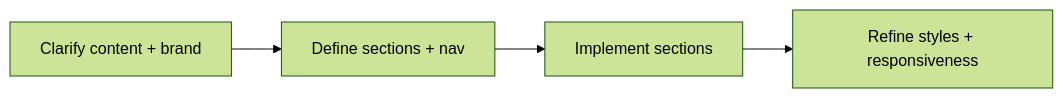
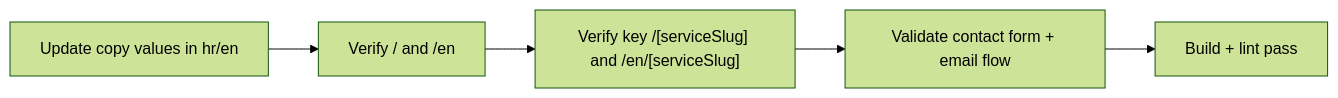
One commit to ipavic933-spec/website-pavic changed the diagram in lode/plans/current-plan.md. Above: the diagram before and after it, drawn with Mermaid (forest theme). The commit also changed other lines of this file and 9 other files, not shown here.

````diff
--- a/lode/plans/current-plan.md
+++ b/lode/plans/current-plan.md
@@ -10,6 +10,7 @@
 ```mermaid
 flowchart LR
-  Discover["Clarify content + brand"] --> Structure["Define sections + nav"]
-  Structure --> Build["Implement sections"]
-  Build --> Polish["Refine styles + responsiveness"]
+  Copy["Update copy values in hr/en"] --> VerifyLocales["Verify / and /en"]
+  VerifyLocales --> VerifyServiceRoutes["Verify key /[serviceSlug] and /en/[serviceSlug]"]
+  VerifyServiceRoutes --> Contact["Validate contact form + email flow"]
+  Contact --> DeployReady["Build + lint pass"]
 ```
````
